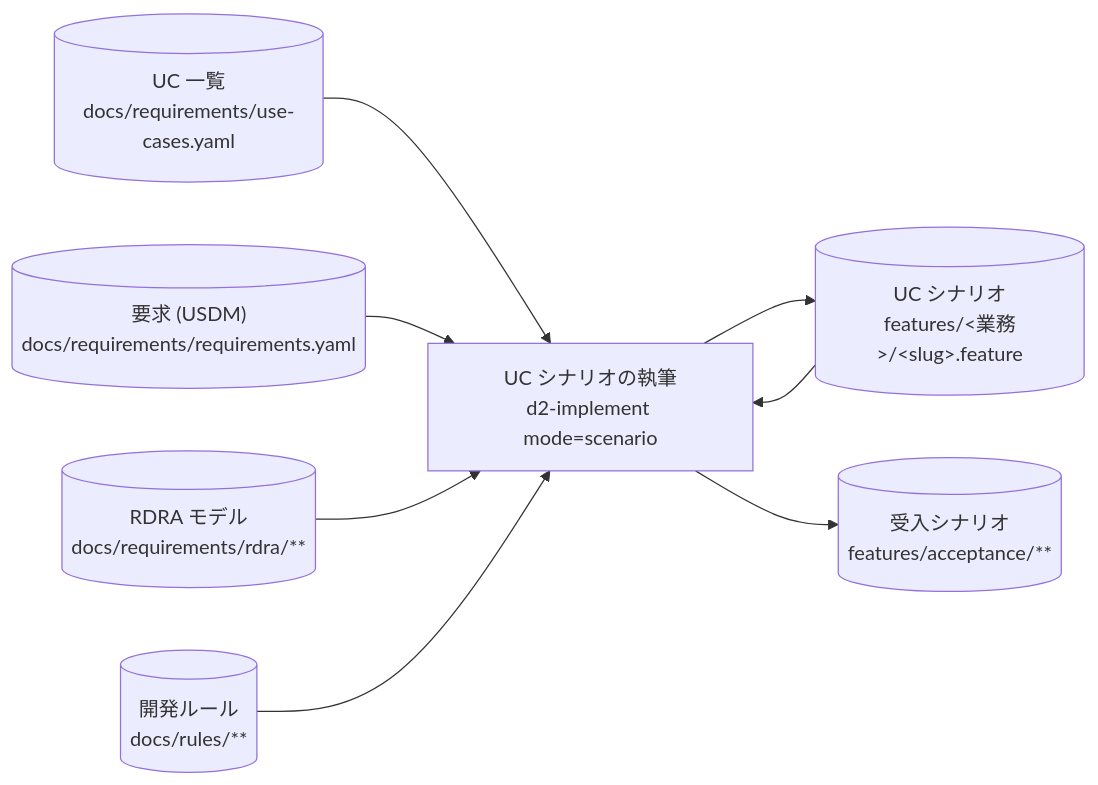
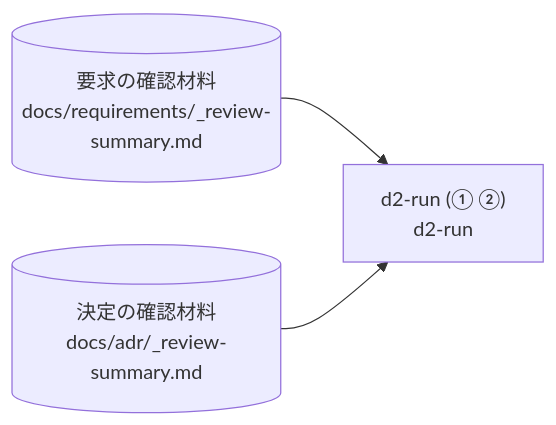
Before and after one commit to suwa-sh/suwa-sh-claude-plugins: the sixth of 40 diagrams in plugins/distillery2/skills/d2-common/references/dataflow.md, drawn with Mermaid. The commit also changed other lines of this file and 6 other files, not shown here.

First line of the commit message:
feat(distillery2): DFD の図を段階・処理ごとに分けて読める大きさにする (0.1.21)

````diff
--- a/plugins/distillery2/skills/d2-common/references/dataflow.md
+++ b/plugins/distillery2/skills/d2-common/references/dataflow.md
@@ -431,17 +179,8 @@
 ```mermaid
 flowchart LR
-  s_req_usdm[("要求 (USDM)<br/>docs/requirements/requirements.yaml")]
-  s_req_rdra[("RDRA モデル<br/>docs/requirements/rdra/**")]
-  s_use_cases[("UC 一覧<br/>docs/requirements/use-cases.yaml")]
-  s_rules[("開発ルール<br/>docs/rules/**")]
-  s_feature[("UC シナリオ<br/>features/#lt;業務#gt;/#lt;slug#gt;.feature")]
-  s_acceptance[("受入シナリオ<br/>features/acceptance/**")]
-  p_implement_scenario["UC シナリオの執筆<br/>d2-implement mode=scenario"]
-  s_use_cases --> p_implement_scenario
-  s_req_usdm --> p_implement_scenario
-  s_req_rdra --> p_implement_scenario
-  s_rules --> p_implement_scenario
-  s_feature --> p_implement_scenario
-  p_implement_scenario --> s_feature
-  p_implement_scenario --> s_acceptance
+  p_run_early["d2-run (① ②)<br/>d2-run"]
+  s_req_review[("要求の確認材料<br/>docs/requirements/_review-summary.md")]
+  s_adr_review[("決定の確認材料<br/>docs/adr/_review-summary.md")]
+  s_req_review --> p_run_early
+  s_adr_review --> p_run_early
 ```
````
